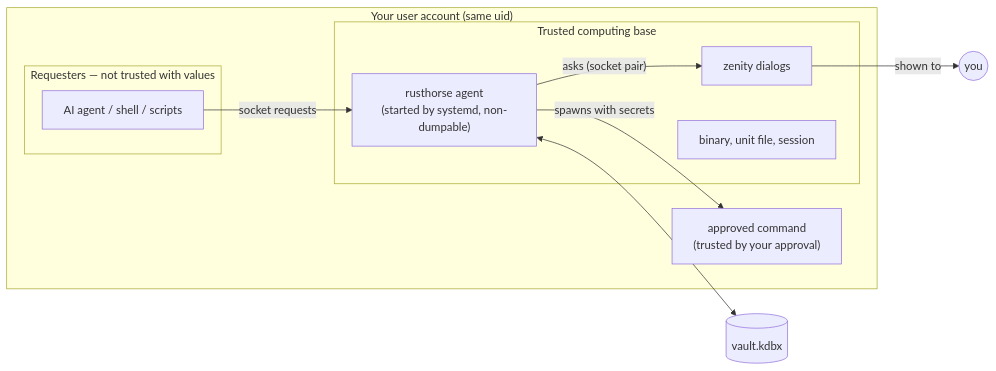
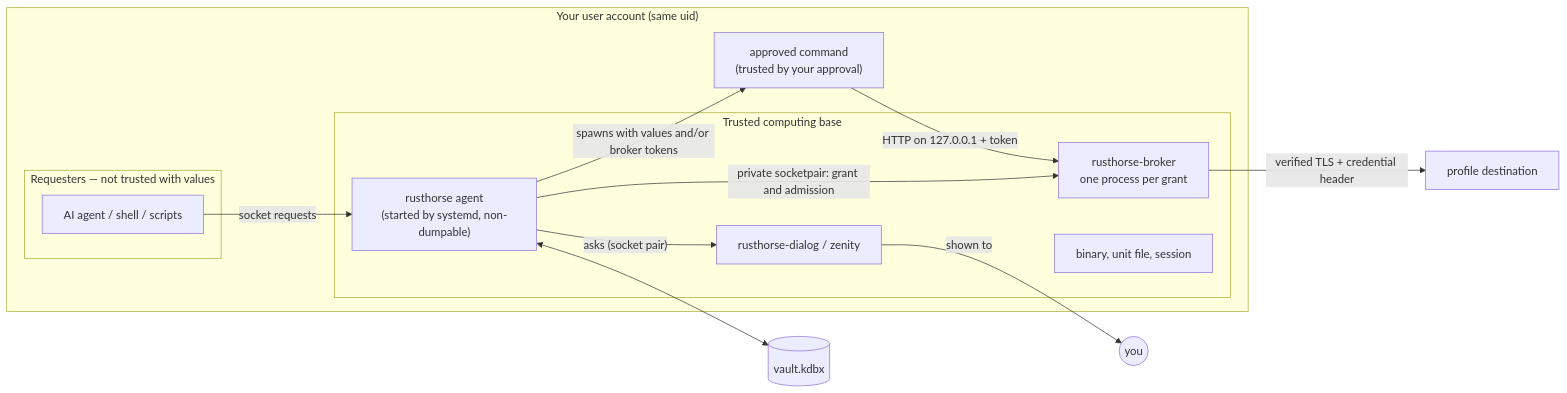
Before and after one commit to Alle4you/rusthorse: the diagram in docs/threat-model.md, drawn with Mermaid. The commit also changed other lines of this file and 13 other files, not shown here.

````diff
--- a/docs/threat-model.md
+++ b/docs/threat-model.md
@@ -79,20 +112,24 @@
 ```mermaid
 flowchart LR
     subgraph user["Your user account (same uid)"]
         subgraph untrusted["Requesters — not trusted with values"]
             AI["AI agent / shell / scripts"]
         end
         subgraph trusted["Trusted computing base"]
             AG["rusthorse agent<br/>(started by systemd, non-dumpable)"]
-            DLG["zenity dialogs"]
+            DLG["rusthorse-dialog / zenity"]
+            BR["rusthorse-broker<br/>one process per grant"]
             BIN["binary, unit file, session"]
         end
         CMD["approved command<br/>(trusted by your approval)"]
     end
     HUMAN(("you"))
     FILE[("vault.kdbx")]
     AI -- "socket requests" --> AG
     AG -- "asks (socket pair)" --> DLG -- "shown to" --> HUMAN
-    AG -- "spawns with secrets" --> CMD
+    AG -- "spawns with values and/or broker tokens" --> CMD
+    AG -- "private socketpair: grant and admission" --> BR
+    CMD -- "HTTP on 127.0.0.1 + token" --> BR
+    BR -- "verified TLS + credential header" --> API["profile destination"]
     AG <--> FILE
 ```
````
